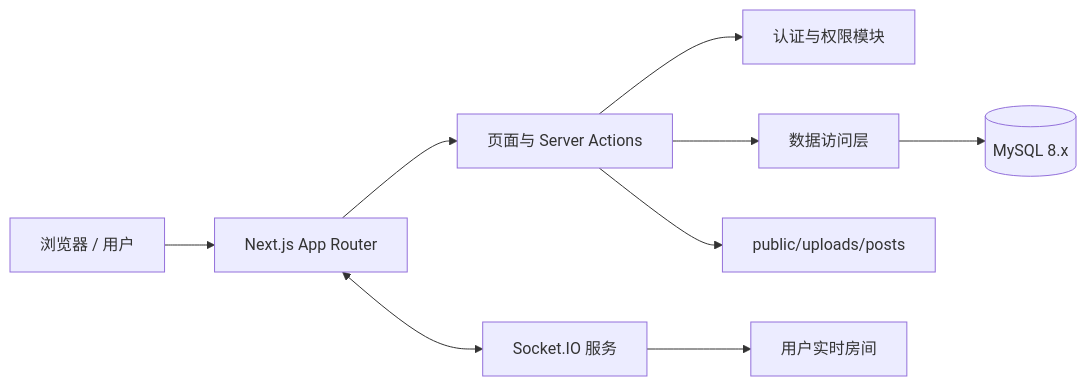
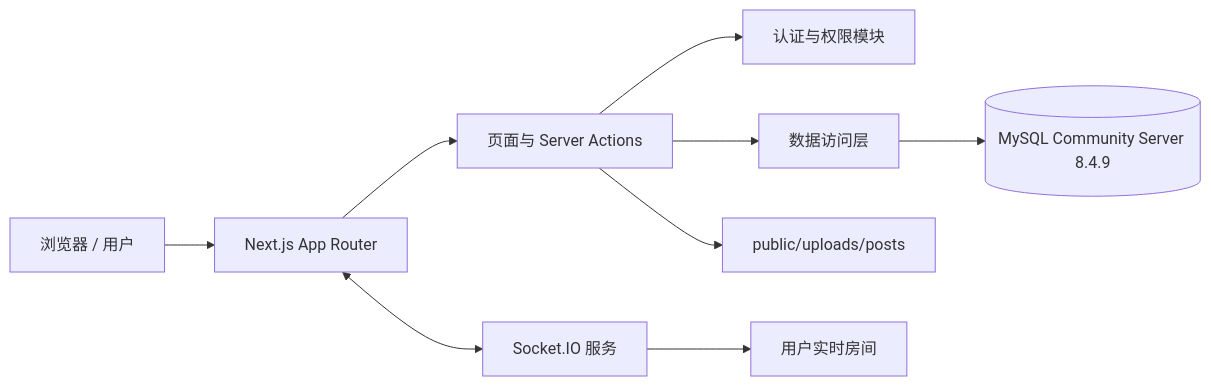
Before and after one commit to Bryce1188/bbs-: the diagram in README.md, drawn with Mermaid. The commit also changed other lines of this file and 1 other file, not shown here.

Commit message:
docs: add verified MySQL database guide

````diff
--- a/README.md
+++ b/README.md
@@ -100,11 +100,11 @@
 ```mermaid
 flowchart LR
     U["浏览器 / 用户"] --> N["Next.js App Router"]
     N --> P["页面与 Server Actions"]
     P --> A["认证与权限模块"]
     P --> D["数据访问层"]
-    D --> M[("MySQL 8.x")]
+    D --> M[("MySQL Community Server 8.4.9")]
     N <--> S["Socket.IO 服务"]
     S --> R["用户实时房间"]
     P --> F["public/uploads/posts"]
 ```
````
